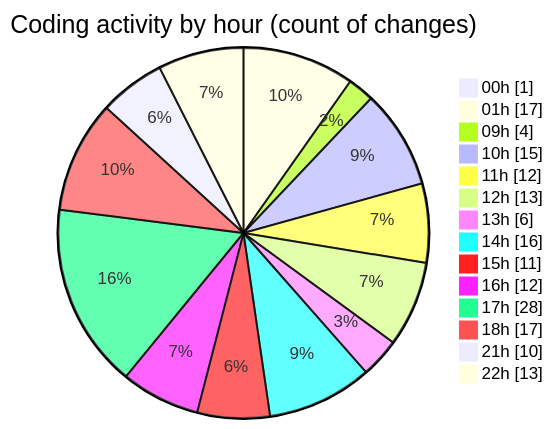
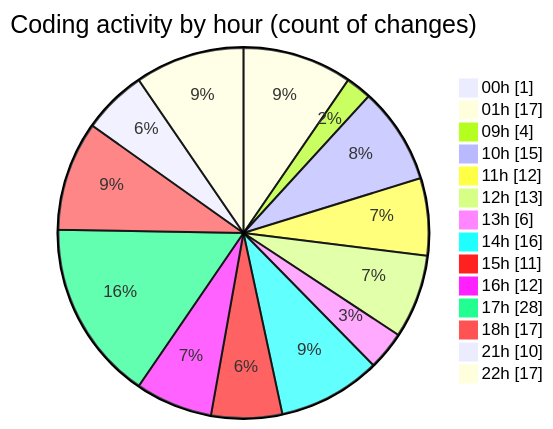
The second of 2 diagrams in 2025-11-01/cdp_aleoudev_fr__workspace_/README.md (julien-gomy/code-tracking), drawn with Mermaid before and after one commit. The commit also changed other lines of this file and 1 other file, not shown here.

````diff
--- a/2025-11-01/cdp_aleoudev_fr__workspace_/README.md
+++ b/2025-11-01/cdp_aleoudev_fr__workspace_/README.md
@@ -52,18 +52,18 @@
 ```mermaid
 pie showData
 title Coding activity by hour (count of changes)
 "00h" : 1
 "01h" : 17
 "09h" : 4
 "10h" : 15
 "11h" : 12
 "12h" : 13
 "13h" : 6
 "14h" : 16
 "15h" : 11
 "16h" : 12
 "17h" : 28
 "18h" : 17
 "21h" : 10
-"22h" : 13
+"22h" : 17
 ```
````
